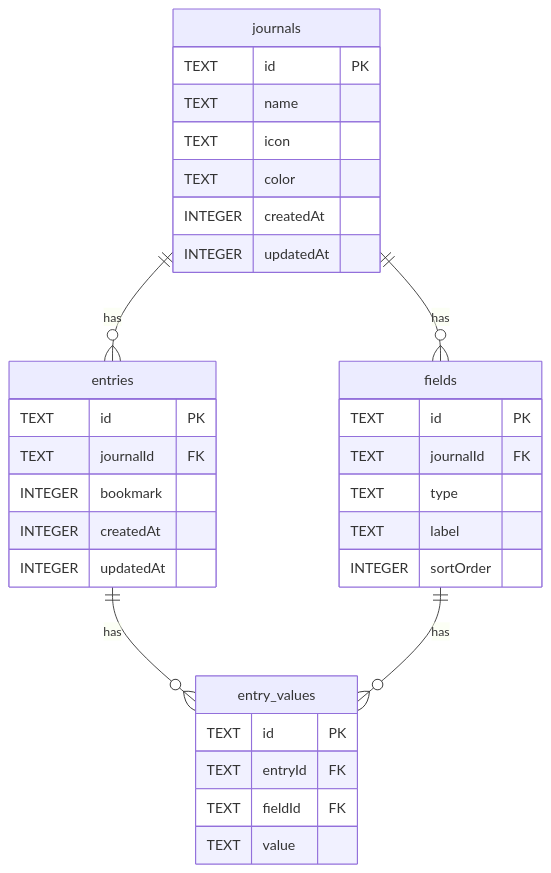
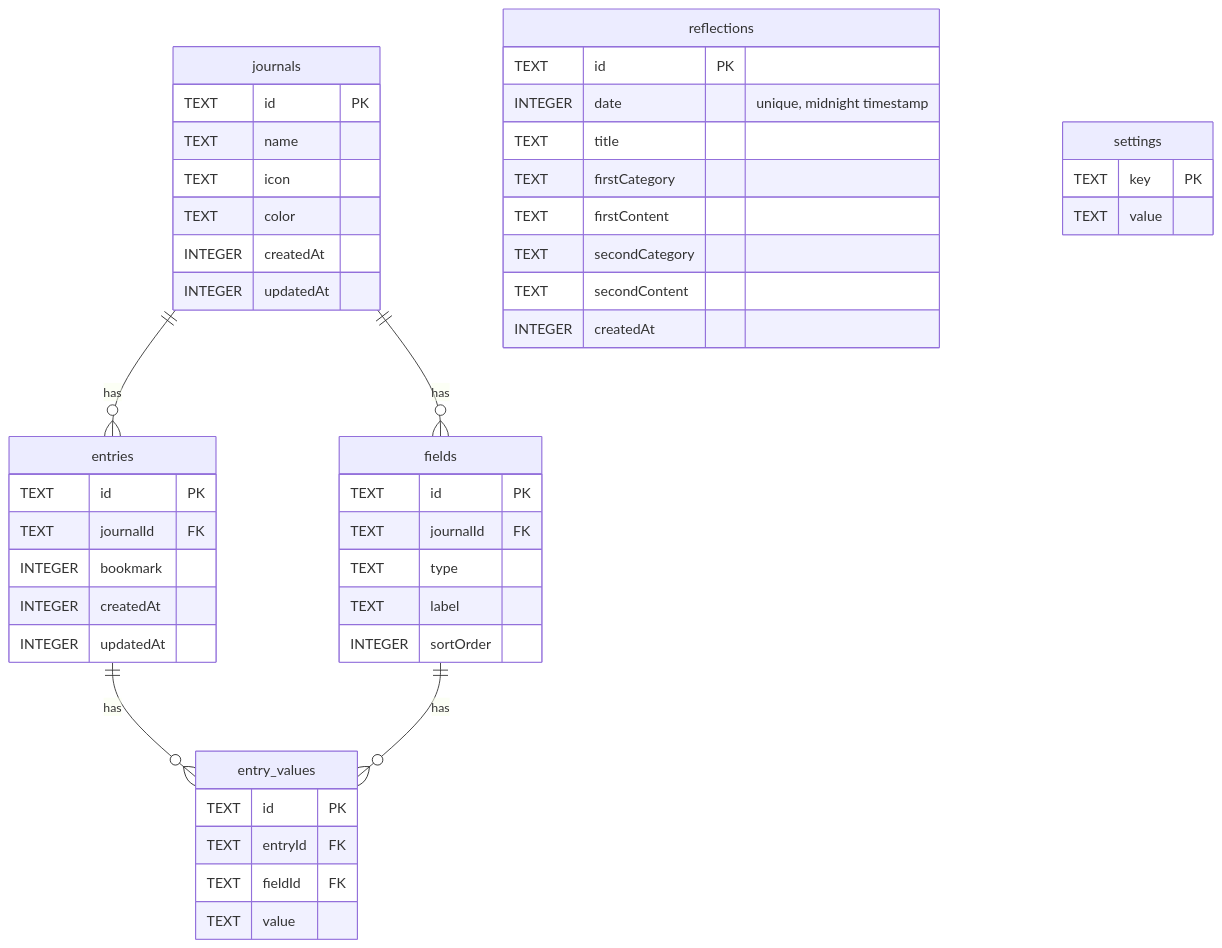
Before and after one commit to 273Do/Nicky: the diagram in CLAUDE.md, drawn with Mermaid. The commit also changed other lines of this file, not shown here.

````diff
--- a/CLAUDE.md
+++ b/CLAUDE.md
@@ -64,39 +72,55 @@
 ```mermaid
 erDiagram
     journals {
         TEXT id PK
         TEXT name
         TEXT icon
         TEXT color
         INTEGER createdAt
         INTEGER updatedAt
     }
 
     fields {
         TEXT id PK
         TEXT journalId FK
         TEXT type
         TEXT label
         INTEGER sortOrder
     }
 
     entries {
         TEXT id PK
         TEXT journalId FK
         INTEGER bookmark
         INTEGER createdAt
         INTEGER updatedAt
     }
 
     entry_values {
         TEXT id PK
         TEXT entryId FK
         TEXT fieldId FK
         TEXT value
     }
 
+    reflections {
+        TEXT id PK
+        INTEGER date "unique, midnight timestamp"
+        TEXT title
+        TEXT firstCategory
+        TEXT firstContent
+        TEXT secondCategory
+        TEXT secondContent
+        INTEGER createdAt
+    }
+
+    settings {
+        TEXT key PK
+        TEXT value
+    }
+
     journals ||--o{ fields : "has"
     journals ||--o{ entries : "has"
     entries ||--o{ entry_values : "has"
     fields ||--o{ entry_values : "has"
 ```
````
